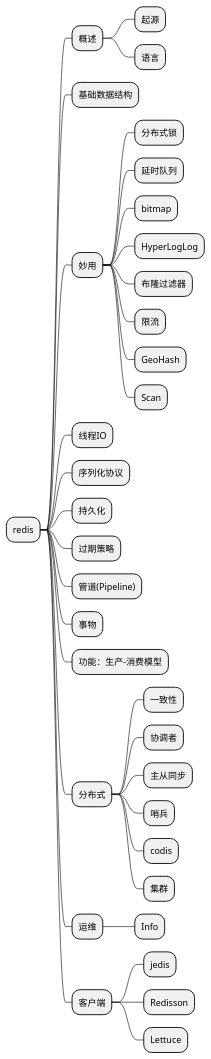
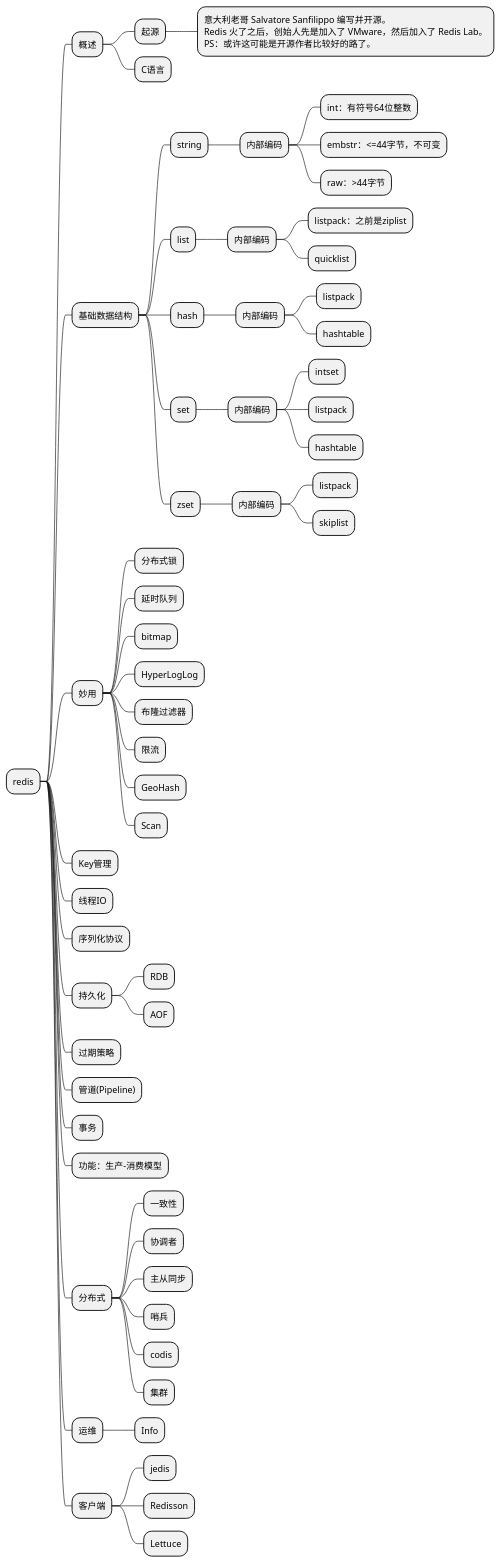
Before and after one commit to duskbat/cs-manual: the diagram in docs/redis/redis.md, drawn with PlantUML. The commit also changed other lines of this file, not shown here.

````diff
--- a/docs/redis/redis.md
+++ b/docs/redis/redis.md
@@ -7,46 +7,73 @@
 ```plantuml
 
 @startmindmap
 * redis
 ** 概述
 *** 起源
-*** 语言
+**** 意大利老哥 Salvatore Sanfilippo 编写并开源。\nRedis 火了之后，创始人先是加入了 VMware，然后加入了 Redis Lab。\nPS：或许这可能是开源作者比较好的路了。
+*** C语言
+
 ** 基础数据结构
+*** string
+**** 内部编码
+***** int：有符号64位整数
+***** embstr：<=44字节，不可变
+***** raw：>44字节
+*** list
+**** 内部编码
+***** listpack：之前是ziplist
+***** quicklist
+*** hash
+**** 内部编码
+***** listpack
+***** hashtable
+*** set
+**** 内部编码
+***** intset
+***** listpack
+***** hashtable
+*** zset
+**** 内部编码
+***** listpack
+***** skiplist
 
 ** 妙用
 *** 分布式锁
 *** 延时队列
 *** bitmap
 *** HyperLogLog
 *** 布隆过滤器
 *** 限流
 *** GeoHash
 *** Scan
 
+** Key管理
 ** 线程IO
 ** 序列化协议
 ** 持久化
+*** RDB
+*** AOF
 ** 过期策略
 ** 管道(Pipeline)
-** 事物
+** 事务
 
 ** 功能：生产-消费模型
 
 ** 分布式
 *** 一致性
 *** 协调者
 *** 主从同步
 *** 哨兵
 *** codis
 *** 集群
 
 ** 运维
 *** Info
 
 ** 客户端
 *** jedis
 *** Redisson
 *** Lettuce
 
 @endmindmap
 ```
````
